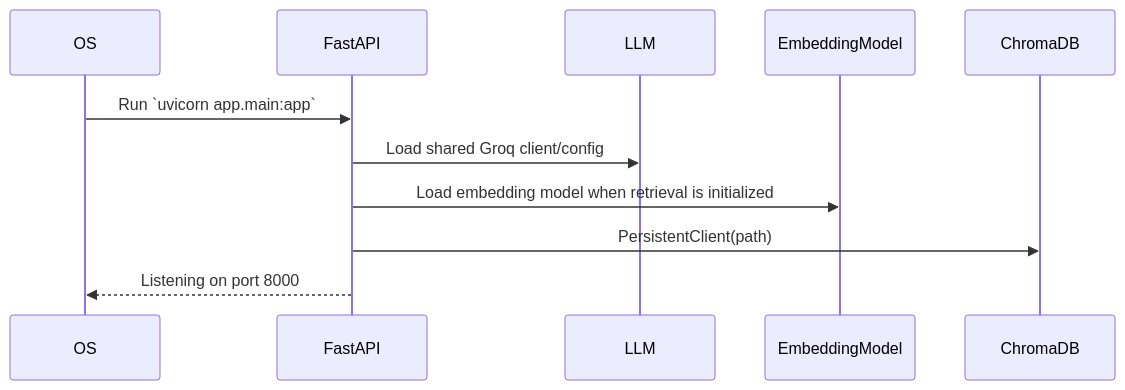
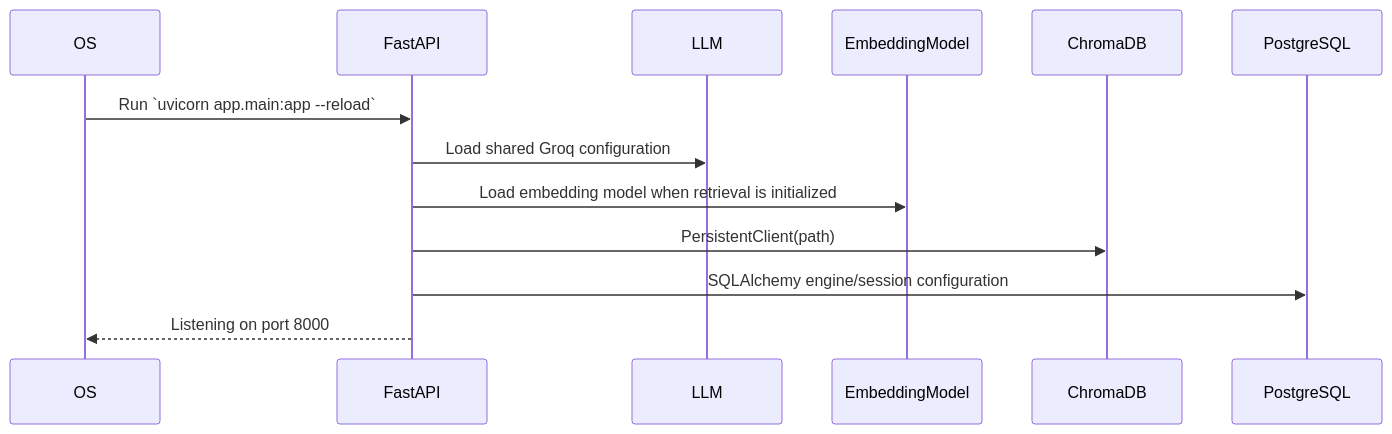
One commit to SakshiBetgeri/Development-of-AI-Based-Knowledge-Retrieval-Platform-with-Query-Resolution-System changed the second of 8 diagrams in PROJECT_GUIDE.md. Above: the diagram before and after it, drawn with Mermaid. The commit also changed other lines of this file and 126 other files, not shown here.

````diff
--- a/PROJECT_GUIDE.md
+++ b/PROJECT_GUIDE.md
@@ -427,13 +838,15 @@
 ```mermaid
 sequenceDiagram
     participant OS
     participant FastAPI
     participant LLM
     participant EmbeddingModel
     participant ChromaDB
-    OS->>FastAPI: Run `uvicorn app.main:app`
-    FastAPI->>LLM: Load shared Groq client/config
+    participant PostgreSQL
+    OS->>FastAPI: Run `uvicorn app.main:app --reload`
+    FastAPI->>LLM: Load shared Groq configuration
     FastAPI->>EmbeddingModel: Load embedding model when retrieval is initialized
     FastAPI->>ChromaDB: PersistentClient(path)
+    FastAPI->>PostgreSQL: SQLAlchemy engine/session configuration
     FastAPI-->>OS: Listening on port 8000
 ```
````
